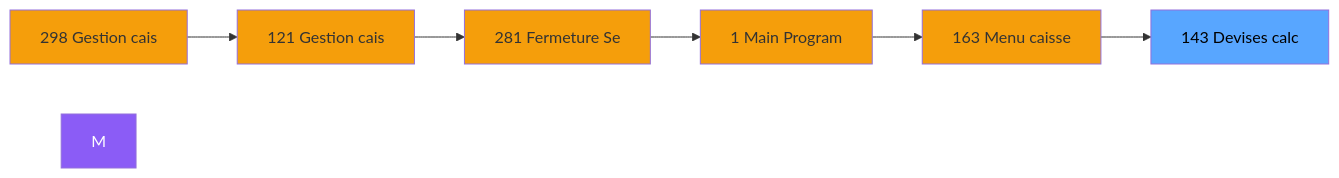
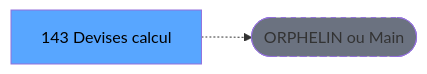
Before and after one commit to thonyAGP/lecteur-magic: the second of 3 diagrams in .openspec/specs/ADH-IDE-143.md, drawn with Mermaid. The commit also changed other lines of this file and 701 other files, not shown here.

````diff
--- a/.openspec/specs/ADH-IDE-143.md
+++ b/.openspec/specs/ADH-IDE-143.md
@@ -108,21 +119,8 @@
 ```mermaid
 graph LR
-    N298[298 Gestion cais]
-    N121[121 Gestion cais]
-    N281[281 Fermeture Se]
-    N1[1 Main Program]
-    N163[163 Menu caisse ]
-    T[143 Devises calc]
-    N298 --> N121
-    N121 --> N281
-    N281 --> N1
-    N1 --> N163
-    N163 --> T
-    style M fill:#8b5cf6,color:#fff
-    style N298 fill:#f59e0b
-    style N121 fill:#f59e0b
-    style N281 fill:#f59e0b
-    style N1 fill:#f59e0b
-    style N163 fill:#f59e0b
+    T[143 Devises calcul ]
+    ORPHAN([ORPHELIN ou Main])
+    T -.-> ORPHAN
     style T fill:#58a6ff,color:#000
+    style ORPHAN fill:#6b7280,stroke-dasharray: 5 5
 ```
````
